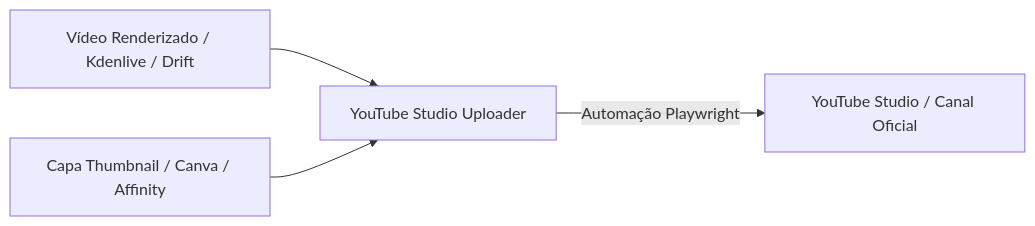
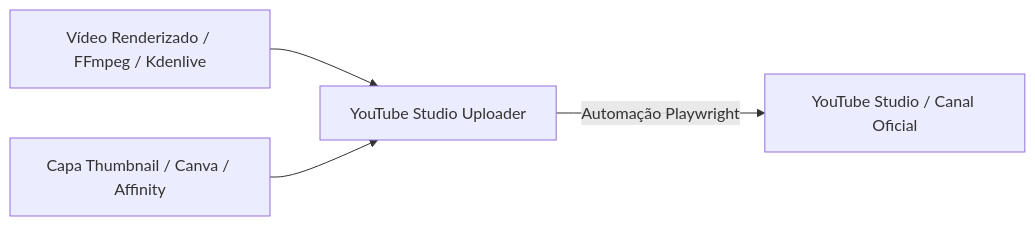
Before and after one commit to al3x-d3v357/antigravity-skills: the diagram in skills/04-video-youtube/youtube-studio-uploader/SKILL.md, drawn with Mermaid. The commit also changed other lines of this file and 10 other files, not shown here.

````diff
--- a/skills/04-video-youtube/youtube-studio-uploader/SKILL.md
+++ b/skills/04-video-youtube/youtube-studio-uploader/SKILL.md
@@ -15,6 +15,6 @@
 ```mermaid
 flowchart LR
-    A[Vídeo Renderizado / Kdenlive / Drift] --> C[YouTube Studio Uploader]
+    A[Vídeo Renderizado / FFmpeg / Kdenlive] --> C[YouTube Studio Uploader]
     B[Capa Thumbnail / Canva / Affinity] --> C
     C -->|Automação Playwright| D[YouTube Studio / Canal Oficial]
 ```
````
